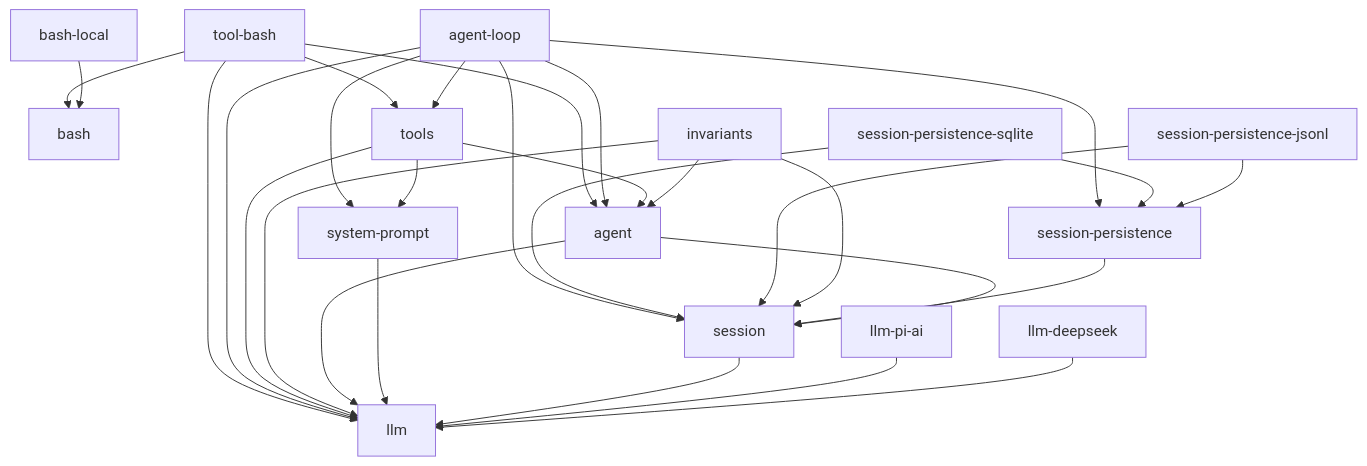
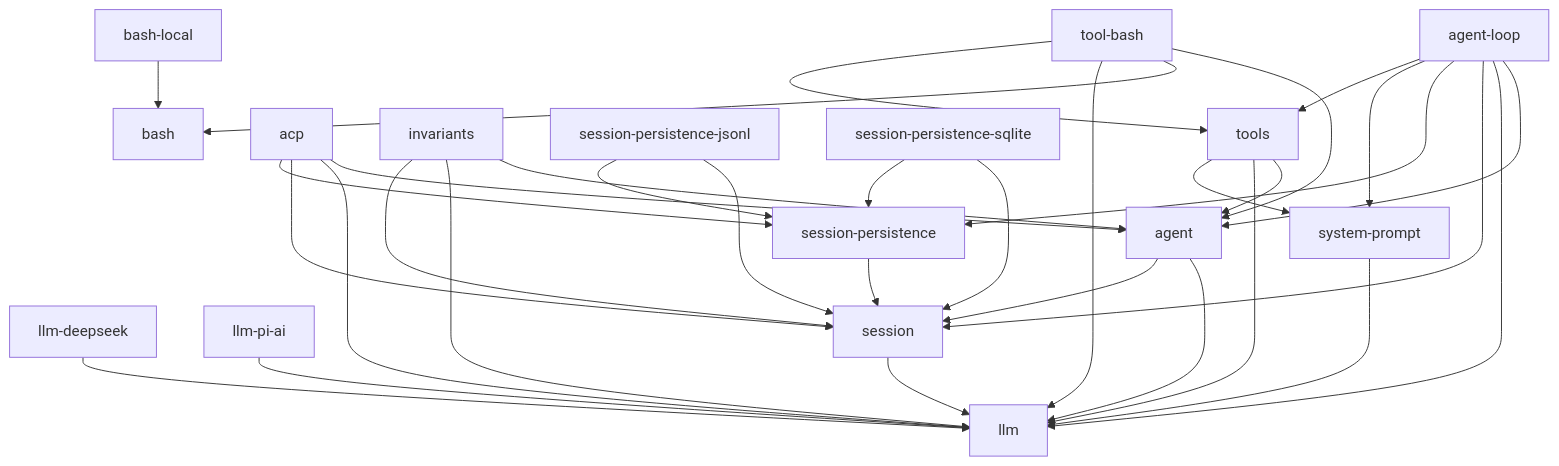
Before and after one commit to eru123/coco-harness: the diagram in docs/module-graph.md, drawn with Mermaid. The commit also changed other lines of this file and 43 other files, not shown here.

````diff
--- a/docs/module-graph.md
+++ b/docs/module-graph.md
@@ -8,31 +8,35 @@
 ```mermaid
 graph TD
   bash-local --> bash
   llm-deepseek --> llm
   llm-pi-ai --> llm
   session --> llm
   system-prompt --> llm
   agent --> llm
   agent --> session
   session-persistence --> session
+  acp --> agent
+  acp --> llm
+  acp --> session
+  acp --> session-persistence
   invariants --> agent
   invariants --> llm
   invariants --> session
   session-persistence-jsonl --> session
   session-persistence-jsonl --> session-persistence
   session-persistence-sqlite --> session
   session-persistence-sqlite --> session-persistence
   tools --> agent
   tools --> llm
   tools --> system-prompt
   agent-loop --> agent
   agent-loop --> llm
   agent-loop --> session
   agent-loop --> session-persistence
   agent-loop --> system-prompt
   agent-loop --> tools
   tool-bash --> agent
   tool-bash --> bash
   tool-bash --> llm
   tool-bash --> tools
 ```
````
